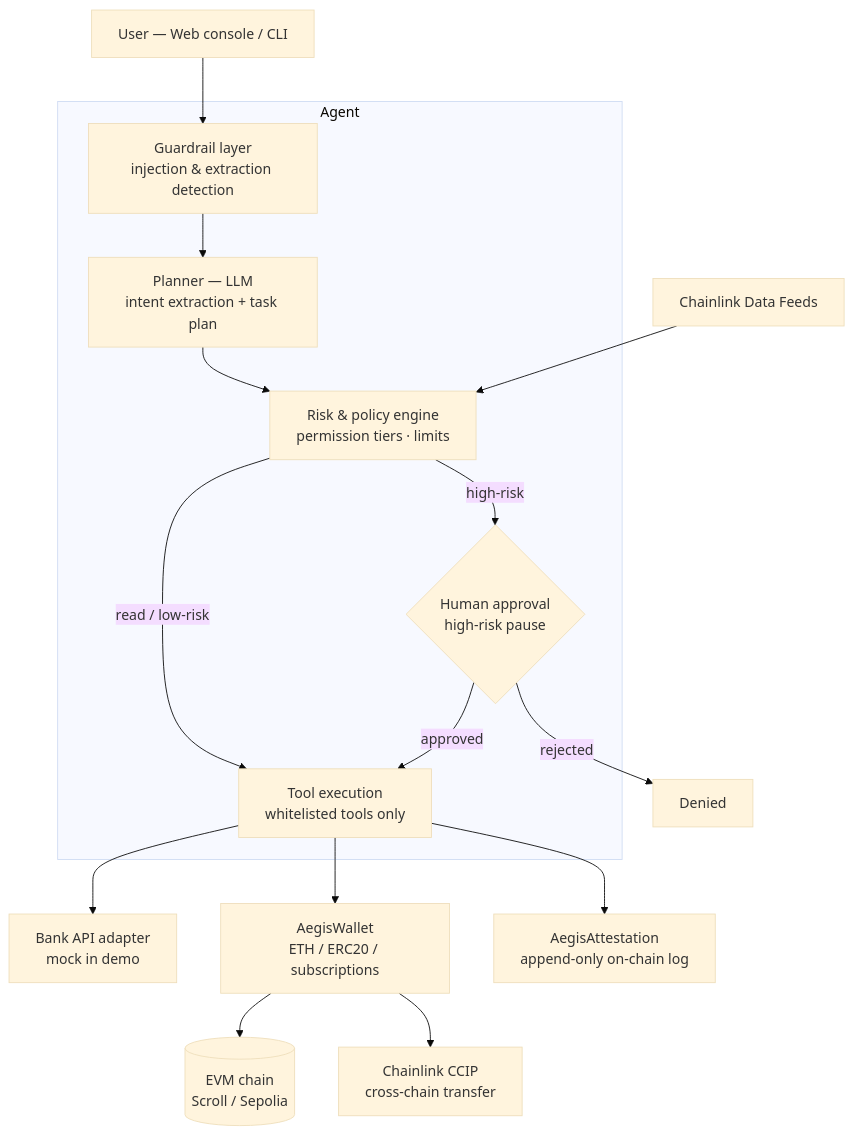
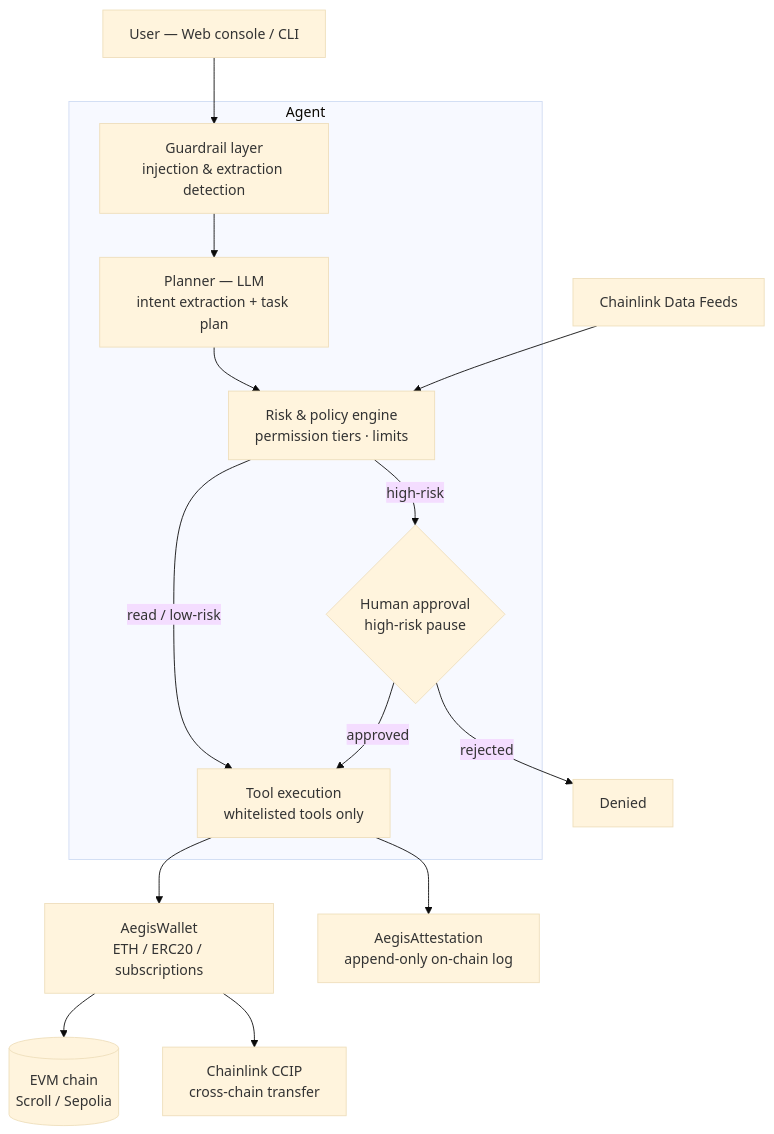
One commit to 0xChainAegis/aegis-agent changed the first of 2 diagrams in docs/ARCHITECTURE.md. Above: the diagram before and after it, drawn with Mermaid (base theme). The commit also changed other lines of this file and 8 other files, not shown here.

````diff
--- a/docs/ARCHITECTURE.md
+++ b/docs/ARCHITECTURE.md
@@ -9,22 +9,21 @@
 ```mermaid
 flowchart TD
     U[User — Web console / CLI] --> G
     subgraph Agent
         G[Guardrail layer<br/>injection & extraction detection]
         P[Planner — LLM<br/>intent extraction + task plan]
         R[Risk & policy engine<br/>permission tiers · limits]
         H{Human approval<br/>high-risk pause}
         T[Tool execution<br/>whitelisted tools only]
     end
     G --> P --> R
     R -->|read / low-risk| T
     R -->|high-risk| H
     H -->|approved| T
     H -->|rejected| D[Denied]
-    T --> B[Bank API adapter<br/>mock in demo]
     T --> W[AegisWallet<br/>ETH / ERC20 / subscriptions]
     W --> C[(EVM chain<br/>Scroll / Sepolia)]
     T --> A[AegisAttestation<br/>append-only on-chain log]
     W --> X[Chainlink CCIP<br/>cross-chain transfer]
     O[Chainlink Data Feeds] --> R
 ```
````
